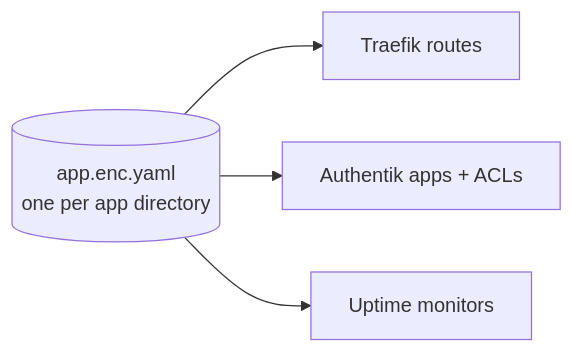
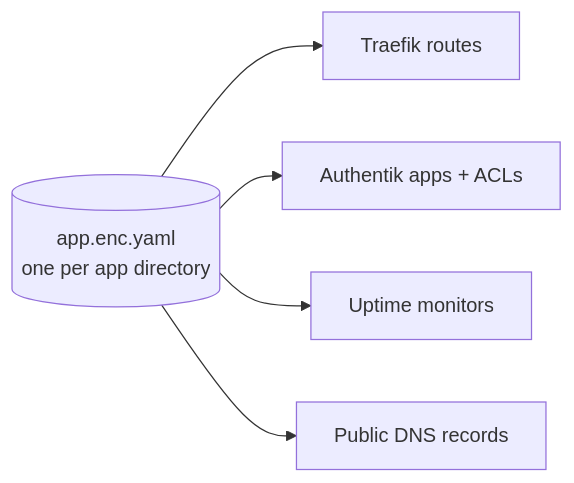
Before and after one commit to cerfedino/Homelab: the first of 2 diagrams in 30-applications/README.md, drawn with Mermaid. The commit also changed other lines of this file and 4 other files, not shown here.

````diff
--- a/30-applications/README.md
+++ b/30-applications/README.md
@@ -20,6 +21,7 @@
 ```mermaid
 flowchart LR
     entry[("app.enc.yaml<br/>one per app directory")] --> traefik["Traefik routes"]
     entry --> authentik["Authentik apps + ACLs"]
     entry --> kuma["Uptime monitors"]
+    entry --> dns["Public DNS records"]
 ```
````
